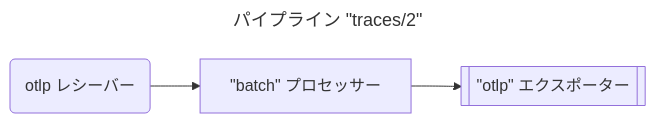
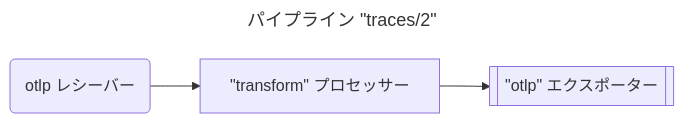
Before and after one commit to open-telemetry/opentelemetry.io: the fifth of 7 diagrams in content/ja/docs/collector/architecture.md, drawn with Mermaid. The commit also changed other lines of this file, not shown here.

Commit message:
　docs(i18n): sync content/ja/docs/collector/architecture.md

````diff
--- a/content/ja/docs/collector/architecture.md
+++ b/content/ja/docs/collector/architecture.md
@@ -221,8 +222,8 @@
 ```mermaid
 ---
 title: パイプライン "traces/2"
 ---
 flowchart LR
-  R1("`otlp レシーバー`") --> P1["`#quot;batch#quot; プロセッサー`"]
+  R1("`otlp レシーバー`") --> P1["`#quot;transform#quot; プロセッサー`"]
   P1 --> E1[["`#quot;otlp#quot; エクスポーター`"]]
 ```
````
